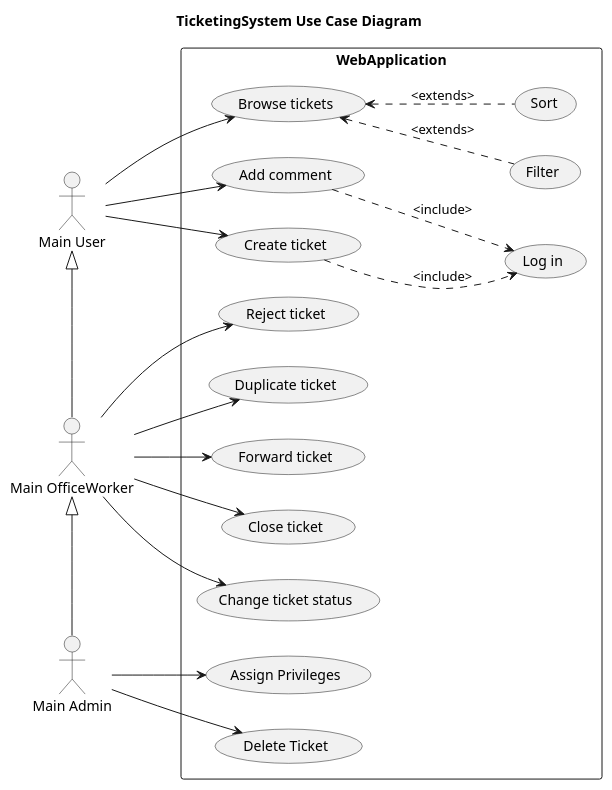
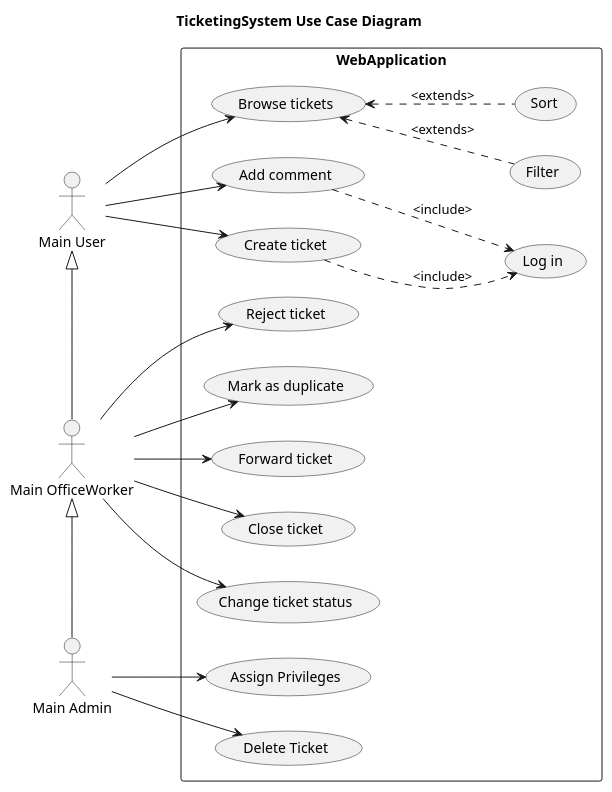
Before and after one commit to ProjectManiacc/TicketingSystem: the diagram in TIcketingSystem.puml, drawn with PlantUML. The commit also changed 1 other file, not shown here.

```diff
--- a/TIcketingSystem.puml
+++ b/TIcketingSystem.puml
@@ -1,39 +1,39 @@
 @startuml
 title TicketingSystem Use Case Diagram
 left to right direction
 'https://plantuml.com/use-case-diagram
 
 :Main Admin: as Admin
 :Main OfficeWorker: as OfficeWorker
 :Main User: as User
 
 User <|- OfficeWorker
 OfficeWorker <|- Admin
 
 
 rectangle WebApplication {
 OfficeWorker -> (Reject ticket)
-OfficeWorker -> (Duplicate ticket)
+OfficeWorker -> (Mark as duplicate)
 OfficeWorker -> (Forward ticket)
 OfficeWorker -> (Close ticket)
 OfficeWorker -> (Change ticket status)
 
 
 
 User --> (Browse tickets)
 User --> (Add comment)
 User --> (Create ticket)
 
 (Browse tickets) <.. (Filter): <extends>
 (Browse tickets) <.. (Sort): <extends>
 (Create ticket) ..> (Log in): <include>
 (Add comment) ..> (Log in): <include>
 
 
 Admin --> (Assign Privileges)
 Admin --> (Delete Ticket)
 
 }
 
 
 @enduml
```
